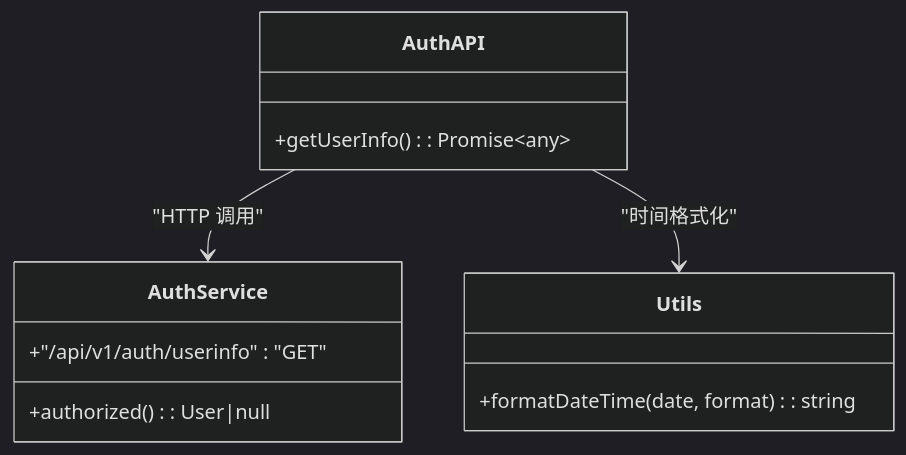
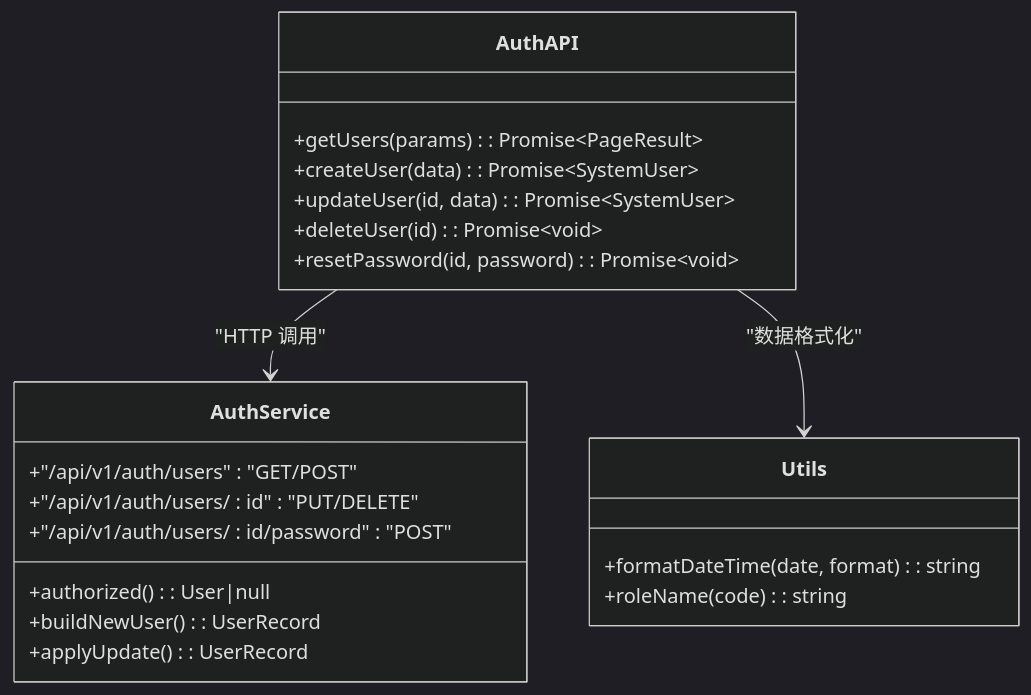
The sixth of 7 diagrams in .qoder/repowiki/zh/content/前端应用文档/核心页面/系统管理页面/用户管理.md (q446328246/agri-platform), drawn with Mermaid (dark theme) before and after one commit. The commit also changed other lines of this file and 84 other files, not shown here.

````diff
--- a/.qoder/repowiki/zh/content/前端应用文档/核心页面/系统管理页面/用户管理.md
+++ b/.qoder/repowiki/zh/content/前端应用文档/核心页面/系统管理页面/用户管理.md
@@ -205,15 +310,24 @@
 ```mermaid
 classDiagram
 class AuthAPI {
-+getUserInfo() : Promise~any~
++getUsers(params) : Promise~PageResult~
++createUser(data) : Promise~SystemUser~
++updateUser(id, data) : Promise~SystemUser~
++deleteUser(id) : Promise~void~
++resetPassword(id, password) : Promise~void~
 }
 class AuthService {
-+"/api/v1/auth/userinfo" : "GET"
++"/api/v1/auth/users" : "GET/POST"
++"/api/v1/auth/users/ : id" : "PUT/DELETE"
++"/api/v1/auth/users/ : id/password" : "POST"
 +authorized() : User|null
++buildNewUser() : UserRecord
++applyUpdate() : UserRecord
 }
 class Utils {
 +formatDateTime(date, format) : string
++roleName(code) : string
 }
 AuthAPI --> AuthService : "HTTP 调用"
-AuthAPI --> Utils : "时间格式化"
+AuthAPI --> Utils : "数据格式化"
 ```
````
